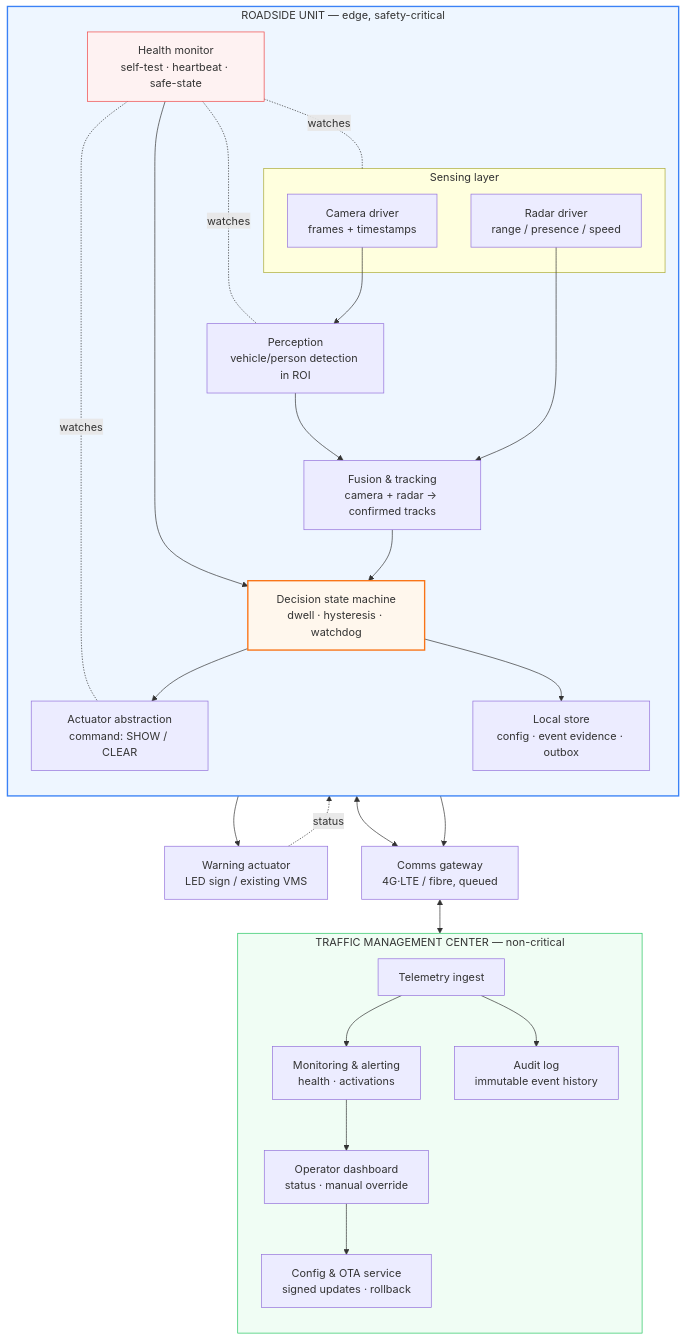
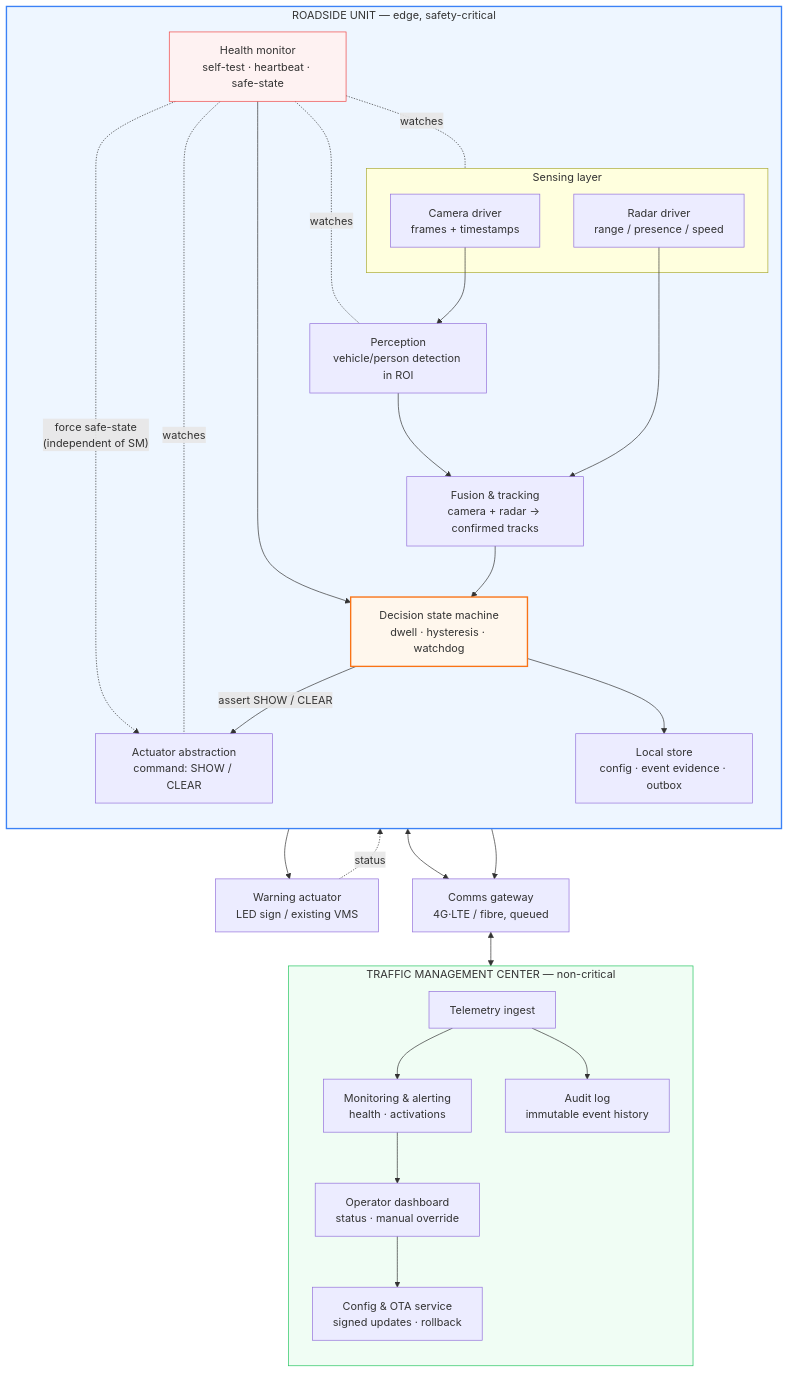
The first of 4 diagrams in docs/02-system-architecture.md (tritinpho/emergency-stop-warning-system), drawn with Mermaid before and after one commit. The commit also changed other lines of this file and 29 other files, not shown here.

````diff
--- a/docs/02-system-architecture.md
+++ b/docs/02-system-architecture.md
@@ -37,49 +37,51 @@
 ```mermaid
 flowchart TB
     subgraph RU["ROADSIDE UNIT — edge, safety-critical"]
         direction TB
         subgraph SENSE["Sensing layer"]
             CAM["Camera driver<br/>frames + timestamps"]
             RAD["Radar driver<br/>range / presence / speed"]
         end
         PERC["Perception<br/>vehicle/person detection in ROI"]
         FUSE["Fusion & tracking<br/>camera + radar → confirmed tracks"]
         SM["Decision state machine<br/>dwell · hysteresis · watchdog"]
         ACT["Actuator abstraction<br/>command: SHOW / CLEAR"]
         HM["Health monitor<br/>self-test · heartbeat · safe-state"]
         BUF["Local store<br/>config · event evidence · outbox"]
 
         CAM --> PERC
         RAD --> FUSE
-        PERC --> FUSE --> SM --> ACT
+        PERC --> FUSE --> SM
+        SM -- "assert SHOW / CLEAR" --> ACT
         SM --> BUF
         HM -. watches .- SENSE
         HM -. watches .- PERC
         HM -. watches .- ACT
         HM --> SM
+        HM -. "force safe-state<br/>(independent of SM)" .-> ACT
     end
 
     ACT --> SIGN["Warning actuator<br/>LED sign / existing VMS"]
     SIGN -. status .-> ACT
     BUF <--> GW["Comms gateway<br/>4G·LTE / fibre, queued"]
     HM --> GW
 
     GW <--> CENTER
 
     subgraph CENTER["TRAFFIC MANAGEMENT CENTER — non-critical"]
         direction TB
         ING["Telemetry ingest"]
         MON["Monitoring & alerting<br/>health · activations"]
         AUD["Audit log<br/>immutable event history"]
         OTA["Config & OTA service<br/>signed updates · rollback"]
         DASH["Operator dashboard<br/>status · manual override"]
         ING --> MON --> DASH
         ING --> AUD
         DASH --> OTA
     end
 
     style RU fill:#eef6ff,stroke:#3b82f6,stroke-width:2px
     style CENTER fill:#f0fdf4,stroke:#22c55e
     style SM fill:#fff7ed,stroke:#f97316,stroke-width:2px
     style HM fill:#fef2f2,stroke:#ef4444
 ```
````
